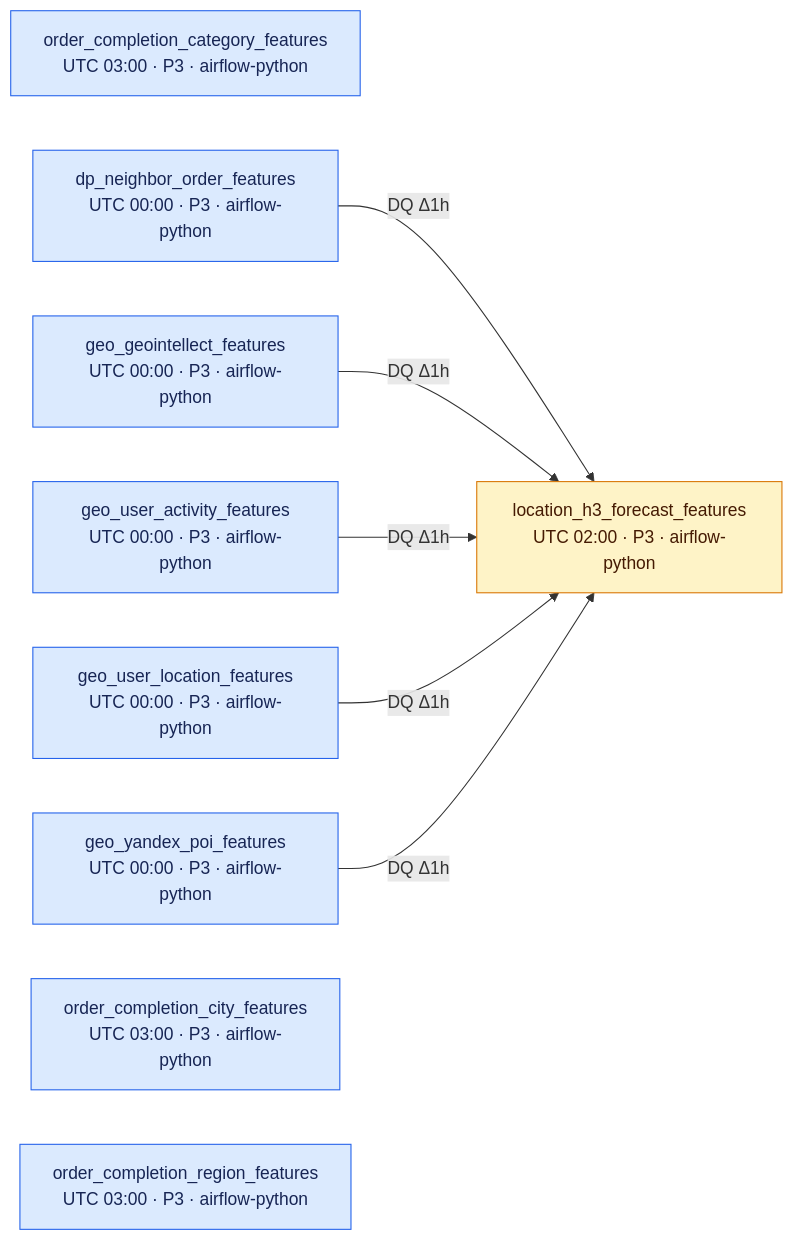
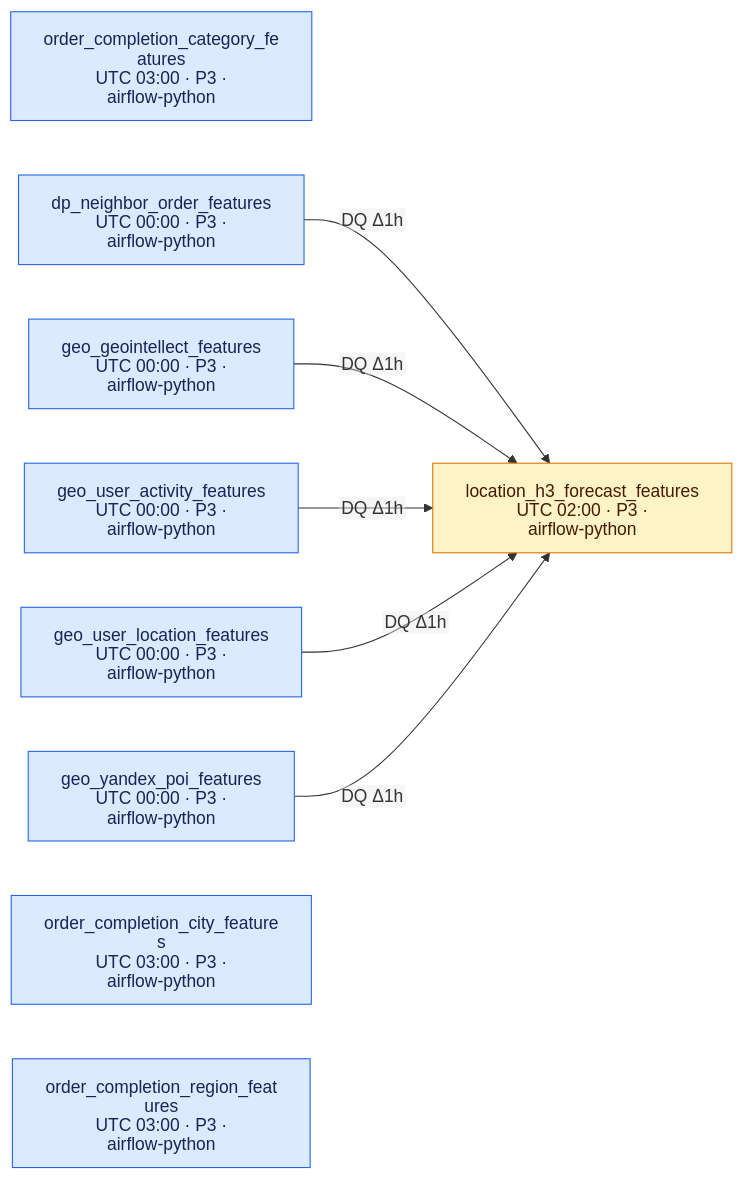
Before and after one commit to DayMarket/ml-feature-platform: the third of 6 diagrams in docs/feature_platform_map.md, drawn with Mermaid. The commit also changed other lines of this file and 2 other files, not shown here.

Commit message:
docs: use multiline Mermaid node labels

````diff
--- a/docs/feature_platform_map.md
+++ b/docs/feature_platform_map.md
@@ -100,25 +111,34 @@
 ```mermaid
-%%{init: {"flowchart": {"wrappingWidth": 220}}}%%
+%%{init: {"flowchart": {"wrappingWidth": 220}, "htmlLabels": false, "markdownAutoWrap": false}}%%
 flowchart LR
-    d0["location_h3_forecast_features<br>UTC 02:00 · P3 · airflow-python"]
-    d1["order_completion_category_features<br>UTC 03:00 · P3 · airflow-python"]
-    d2["dp_neighbor_order_features<br>UTC 00:00 · P3 · airflow-python"]
-    d3["geo_geointellect_features<br>UTC 00:00 · P3 · airflow-python"]
-    d4["geo_user_activity_features<br>UTC 00:00 · P3 · airflow-python"]
-    d5["geo_user_location_features<br>UTC 00:00 · P3 · airflow-python"]
-    d6["geo_yandex_poi_features<br>UTC 00:00 · P3 · airflow-python"]
-    d7["order_completion_city_features<br>UTC 03:00 · P3 · airflow-python"]
-    d8["order_completion_region_features<br>UTC 03:00 · P3 · airflow-python"]
+    d0["`location_h3_forecast_features
+UTC 02:00 · P3 · airflow-python`"]
+    d1["`order_completion_category_features
+UTC 03:00 · P3 · airflow-python`"]
+    d2["`dp_neighbor_order_features
+UTC 00:00 · P3 · airflow-python`"]
+    d3["`geo_geointellect_features
+UTC 00:00 · P3 · airflow-python`"]
+    d4["`geo_user_activity_features
+UTC 00:00 · P3 · airflow-python`"]
+    d5["`geo_user_location_features
+UTC 00:00 · P3 · airflow-python`"]
+    d6["`geo_yandex_poi_features
+UTC 00:00 · P3 · airflow-python`"]
+    d7["`order_completion_city_features
+UTC 03:00 · P3 · airflow-python`"]
+    d8["`order_completion_region_features
+UTC 03:00 · P3 · airflow-python`"]
     d2 -->|"DQ Δ1h"| d0
     d3 -->|"DQ Δ1h"| d0
     d4 -->|"DQ Δ1h"| d0
     d5 -->|"DQ Δ1h"| d0
     d6 -->|"DQ Δ1h"| d0
     class d1,d2,d3,d4,d5,d6,d7,d8 silver
     class d0 gold
     classDef silver fill:#dbeafe,stroke:#2563eb,color:#172554
     classDef gold fill:#fef3c7,stroke:#d97706,color:#451a03
     classDef datasets fill:#dcfce7,stroke:#16a34a,color:#052e16
     classDef upload fill:#f3e8ff,stroke:#9333ea,color:#3b0764
     classDef external fill:#f3f4f6,stroke:#6b7280,color:#111827
 ```
````
